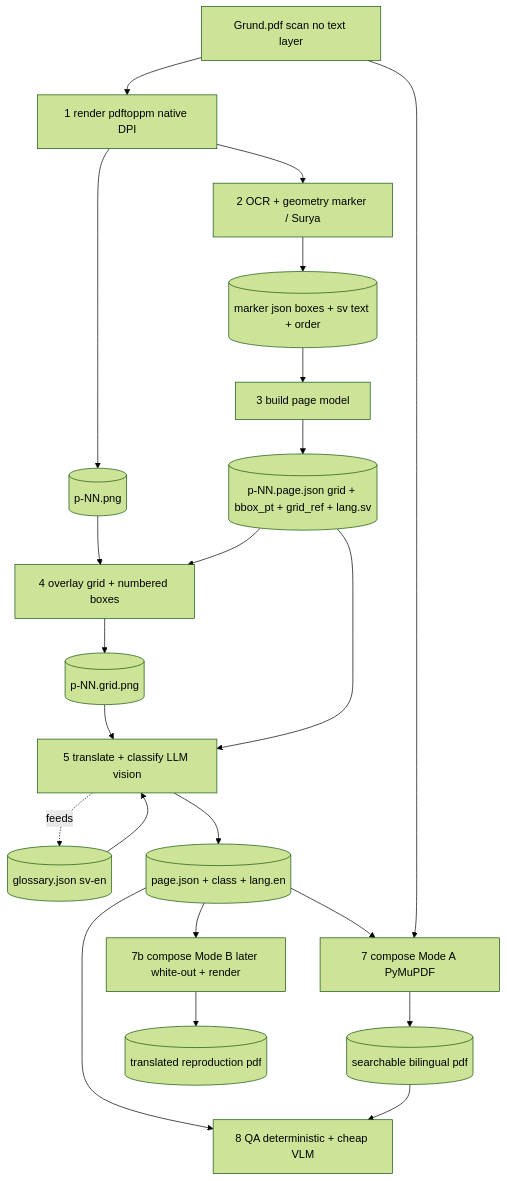
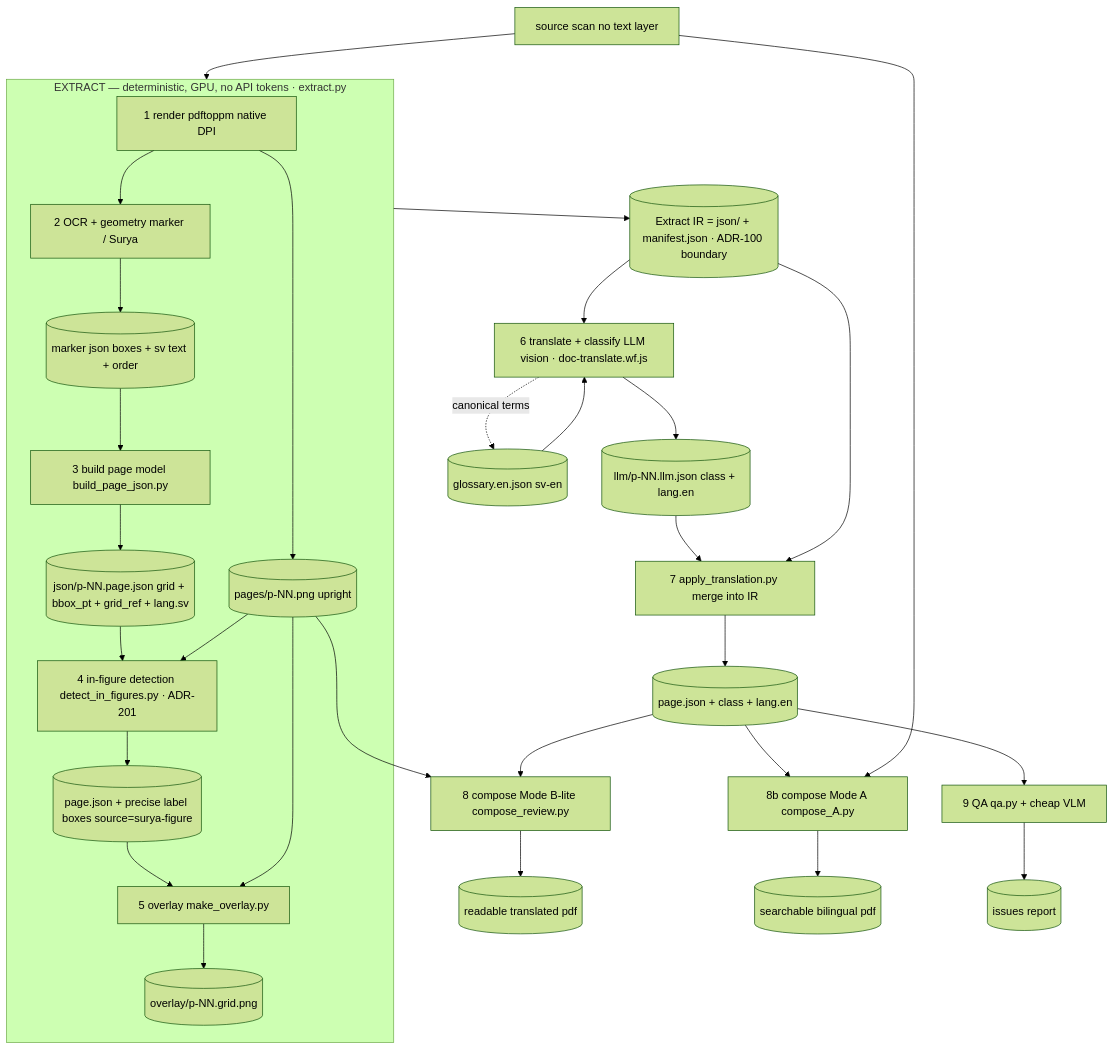
One commit to aaronsb/palimpsest changed the first of 4 diagrams in docs/PIPELINE.md. Above: the diagram before and after it, drawn with Mermaid (forest theme). The commit also changed other lines of this file, not shown here.

First line of the commit message:
docs(pipeline): refresh flow for detection + IR boundary + Mode B-lite

````diff
--- a/docs/PIPELINE.md
+++ b/docs/PIPELINE.md
@@ -19,24 +33,33 @@
 ```mermaid
 flowchart TD
-    PDF[Grund.pdf scan no text layer] --> R[1 render pdftoppm native DPI]
-    R --> IMG[(p-NN.png)]
-    R --> M[2 OCR + geometry marker / Surya]
-    M --> MJ[(marker json boxes + sv text + order)]
-    MJ --> B[3 build page model]
-    B --> PJ[(p-NN.page.json grid + bbox_pt + grid_ref + lang.sv)]
-    IMG --> O[4 overlay grid + numbered boxes]
-    PJ --> O
-    O --> OV[(p-NN.grid.png)]
-    OV --> L[5 translate + classify LLM vision]
-    PJ --> L
-    GL[(glossary.json sv-en)] --> L
-    L --> PJ2[(page.json + class + lang.en)]
-    L -. feeds .-> GL
-    PJ2 --> CA[7 compose Mode A PyMuPDF]
+    PDF[source scan no text layer] --> X
+    subgraph X[EXTRACT — deterministic, GPU, no API tokens · extract.py]
+      R[1 render pdftoppm native DPI] --> IMG[(pages/p-NN.png upright)]
+      R --> M[2 OCR + geometry marker / Surya]
+      M --> MJ[(marker json boxes + sv text + order)]
+      MJ --> B[3 build page model build_page_json.py]
+      B --> PJ[(json/p-NN.page.json grid + bbox_pt + grid_ref + lang.sv)]
+      PJ --> D[4 in-figure detection detect_in_figures.py · ADR-201]
+      IMG --> D
+      D --> PJD[(page.json + precise label boxes source=surya-figure)]
+      PJD --> O[5 overlay make_overlay.py]
+      IMG --> O
+      O --> OV[(overlay/p-NN.grid.png)]
+    end
+    X --> IR[(Extract IR = json/ + manifest.json · ADR-100 boundary)]
+    IR --> L[6 translate + classify LLM vision · doc-translate.wf.js]
+    GL[(glossary.en.json sv-en)] --> L
+    L -. canonical terms .-> GL
+    L --> LLM[(llm/p-NN.llm.json class + lang.en)]
+    LLM --> AP[7 apply_translation.py merge into IR]
+    IR --> AP
+    AP --> PJ2[(page.json + class + lang.en)]
+    PJ2 --> CB[8 compose Mode B-lite compose_review.py]
+    IMG --> CB
+    CB --> OUTB[(readable translated pdf)]
+    PJ2 --> CA[8b compose Mode A compose_A.py]
     PDF --> CA
     CA --> OUTA[(searchable bilingual pdf)]
-    PJ2 --> CB[7b compose Mode B later white-out + render]
-    CB --> OUTB[(translated reproduction pdf)]
-    PJ2 --> QA[8 QA deterministic + cheap VLM]
-    OUTA --> QA
+    PJ2 --> QA[9 QA qa.py + cheap VLM]
+    QA --> REP[(issues report)]
 ```
````
